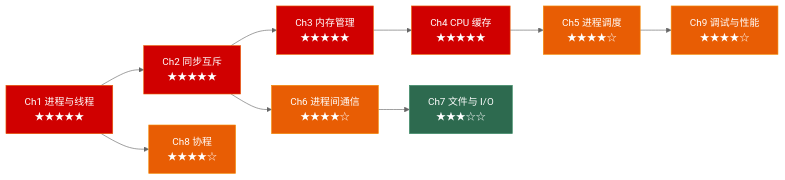
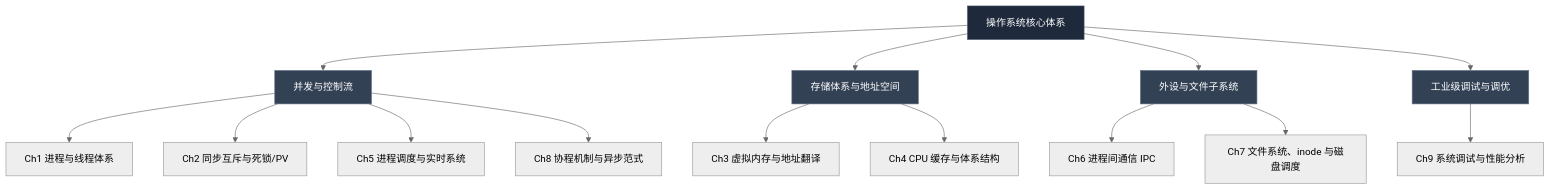
Before and after one commit to Lumivers/firefly: the diagram in src/content/posts/os/index.md, drawn with Mermaid (neutral theme). The commit also changed other lines of this file and 39 other files, not shown here.

````diff
--- a/src/content/posts/os/index.md
+++ b/src/content/posts/os/index.md
@@ -23,29 +37,26 @@
 ```mermaid
-graph LR
-    Ch1["Ch1 进程与线程\n★★★★★"]
-    Ch2["Ch2 同步互斥\n★★★★★"]
-    Ch3["Ch3 内存管理\n★★★★★"]
-    Ch4["Ch4 CPU 缓存\n★★★★★"]
-    Ch5["Ch5 进程调度\n★★★★☆"]
-    Ch6["Ch6 进程间通信\n★★★★☆"]
-    Ch7["Ch7 文件与 I/O\n★★★☆☆"]
-    Ch8["Ch8 协程\n★★★★☆"]
-    Ch9["Ch9 调试与性能\n★★★★☆"]
+graph TD
+    A["操作系统核心体系"] --> B["并发与控制流"]
+    A --> C["存储体系与地址空间"]
+    A --> D["外设与文件子系统"]
+    A --> E["工业级调试与调优"]
 
-    Ch1 --> Ch2 --> Ch3 --> Ch4
-    Ch4 --> Ch5
-    Ch2 --> Ch6
-    Ch6 --> Ch7
-    Ch1 --> Ch8
-    Ch5 --> Ch9
+    B --> B1["Ch1 进程与线程体系"]
+    B --> B2["Ch2 同步互斥与死锁/PV"]
+    B --> B3["Ch5 进程调度与实时系统"]
+    B --> B4["Ch8 协程机制与异步范式"]
 
-    style Ch1 fill:#d00000,stroke:#e85d04,color:white
-    style Ch2 fill:#d00000,stroke:#e85d04,color:white
-    style Ch3 fill:#d00000,stroke:#e85d04,color:white
-    style Ch4 fill:#d00000,stroke:#e85d04,color:white
-    style Ch5 fill:#e85d04,stroke:#f48c06,color:white
-    style Ch6 fill:#e85d04,stroke:#f48c06,color:white
-    style Ch7 fill:#2d6a4f,stroke:#40916c,color:white
-    style Ch8 fill:#e85d04,stroke:#f48c06,color:white
-    style Ch9 fill:#e85d04,stroke:#f48c06,color:white
+    C --> C1["Ch3 虚拟内存与地址翻译"]
+    C --> C2["Ch4 CPU 缓存与体系结构"]
+
+    D --> D1["Ch6 进程间通信 IPC"]
+    D --> D2["Ch7 文件系统、inode 与磁盘调度"]
+
+    E --> E1["Ch9 系统调试与性能分析"]
+
+    style A fill:#1e293b,stroke:#475569,color:#fff
+    style B fill:#334155,stroke:#64748b,color:#fff
+    style C fill:#334155,stroke:#64748b,color:#fff
+    style D fill:#334155,stroke:#64748b,color:#fff
+    style E fill:#334155,stroke:#64748b,color:#fff
 ```
````
